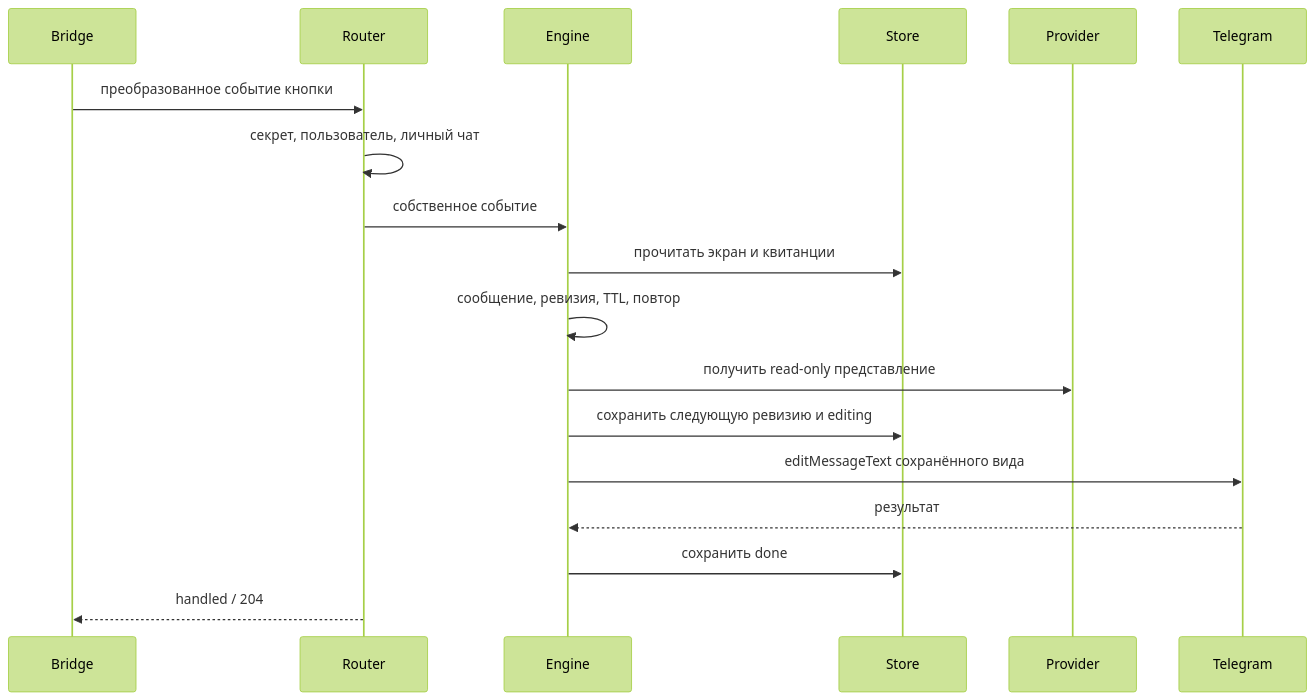
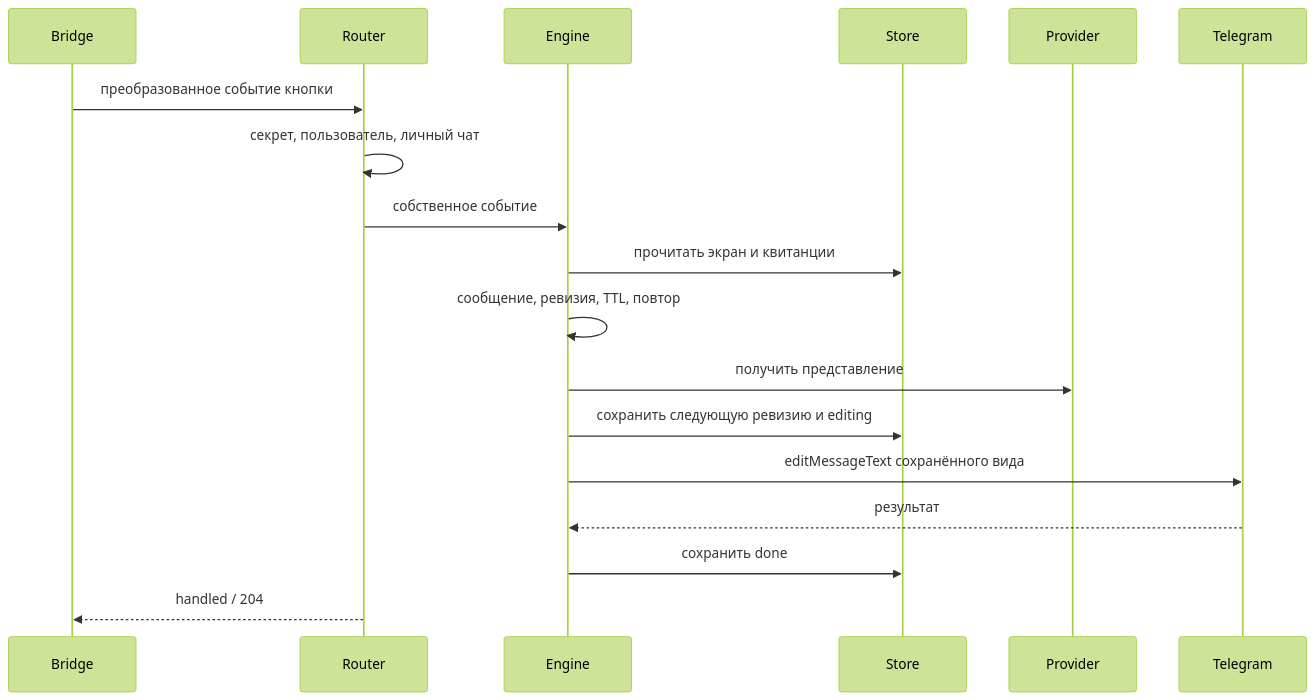
Before and after one commit to mamysh/iva-panels: the second of 2 diagrams in docs/ARCHITECTURE.md, drawn with Mermaid (forest theme). The commit also changed other lines of this file and 22 other files, not shown here.

````diff
--- a/docs/ARCHITECTURE.md
+++ b/docs/ARCHITECTURE.md
@@ -28,20 +28,20 @@
 ```mermaid
 sequenceDiagram
     participant B as Bridge
     participant R as Router
     participant S as Engine
     participant D as Store
     participant P as Provider
     participant T as Telegram
     B->>R: преобразованное событие кнопки
     R->>R: секрет, пользователь, личный чат
     R->>S: собственное событие
     S->>D: прочитать экран и квитанции
     S->>S: сообщение, ревизия, TTL, повтор
-    S->>P: получить read-only представление
+    S->>P: получить представление
     S->>D: сохранить следующую ревизию и editing
     S->>T: editMessageText сохранённого вида
     T-->>S: результат
     S->>D: сохранить done
     R-->>B: handled / 204
 ```
````
